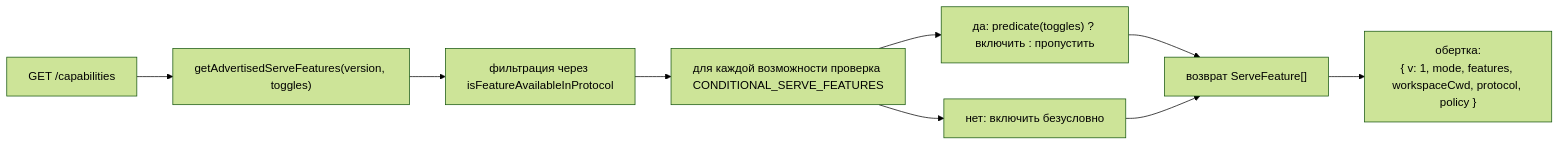
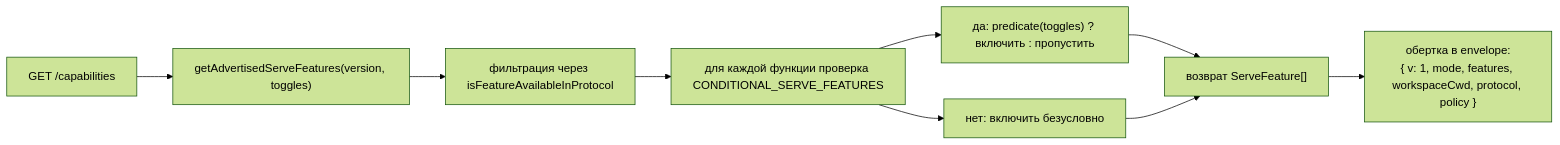
Before and after one commit to QwenLM/qwen-code-docs: the first of 2 diagrams in website/content/ru/developers/daemon/11-capabilities-versioning.md, drawn with Mermaid (forest theme). The commit also changed other lines of this file and 128 other files, not shown here.

````diff
--- a/website/content/ru/developers/daemon/11-capabilities-versioning.md
+++ b/website/content/ru/developers/daemon/11-capabilities-versioning.md
@@ -128,11 +128,11 @@
 ```mermaid
 flowchart LR
     A["GET /capabilities"] --> B["getAdvertisedServeFeatures(version, toggles)"]
     B --> C["фильтрация через isFeatureAvailableInProtocol"]
-    C --> D["для каждой возможности проверка CONDITIONAL_SERVE_FEATURES"]
+    C --> D["для каждой функции проверка CONDITIONAL_SERVE_FEATURES"]
     D --> E["да: predicate(toggles) ? включить : пропустить"]
     D --> F["нет: включить безусловно"]
     E --> G["возврат ServeFeature[]"]
     F --> G
-    G --> H["обертка:<br/>{ v: 1, mode, features, workspaceCwd, protocol, policy }"]
+    G --> H["обертка в envelope:<br/>{ v: 1, mode, features, workspaceCwd, protocol, policy }"]
 ```
````
